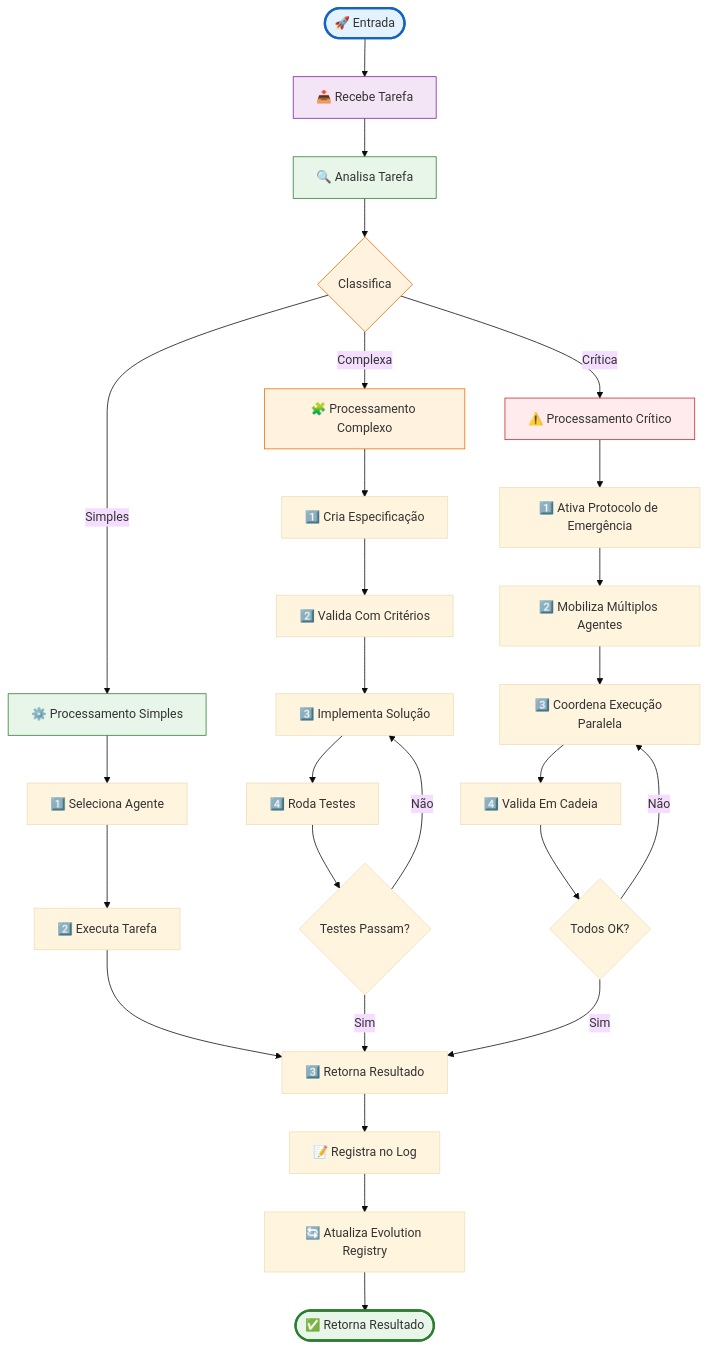
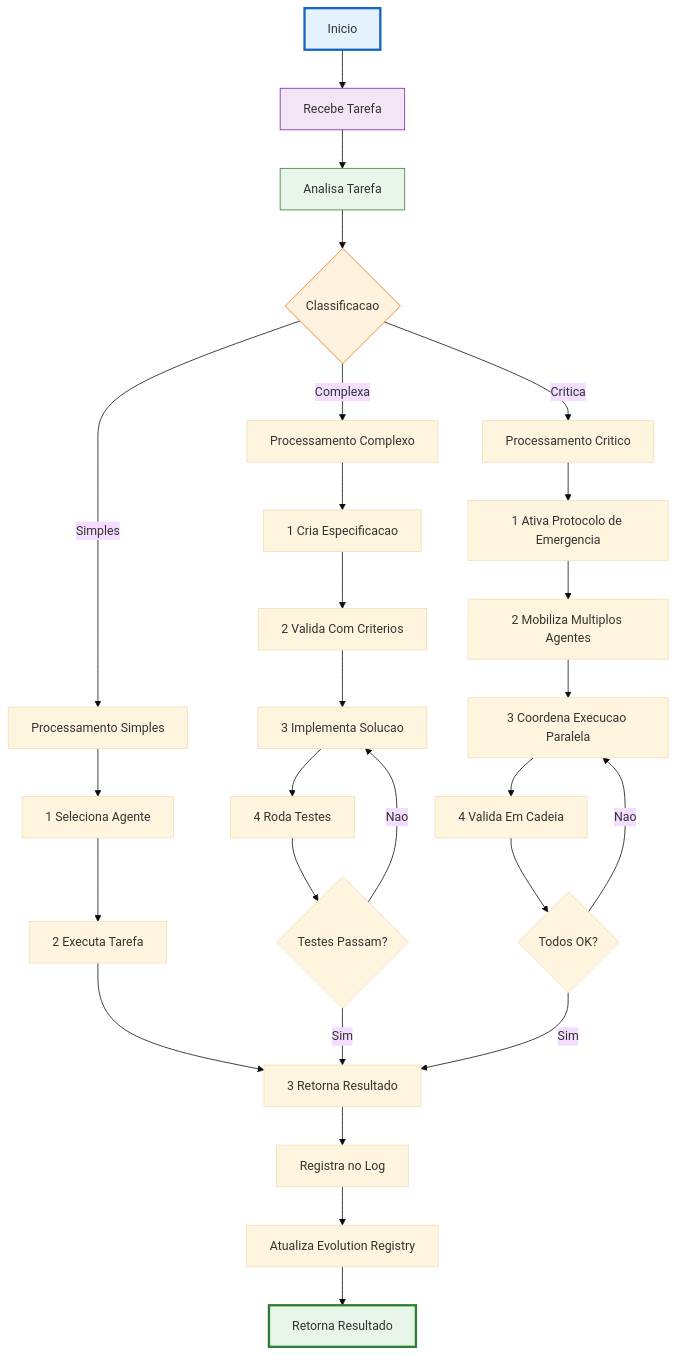
The fourth of 22 diagrams in README.md (MarceloClaro/opencode-ecosystem-core), drawn with Mermaid (base theme) before and after one commit. The commit also changed other lines of this file, not shown here.

````diff
--- a/README.md
+++ b/README.md
@@ -362,47 +325,44 @@
 ```mermaid
 flowchart TD
-    START(["🚀 Entrada"]) --> REC["📥 Recebe Tarefa"]
-    REC --> PARSE["🔍 Analisa Tarefa"]
-    PARSE --> CLASS{"Classifica"}
+    START2["Inicio"] --> REC["Recebe Tarefa"]
+    REC --> PARSE["Analisa Tarefa"]
+    PARSE --> CLASS{"Classificacao"}
 
-    CLASS -->|"Simples"| SIMPLE["⚙️ Processamento Simples"]
-    CLASS -->|"Complexa"| COMPLEX["🧩 Processamento Complexo"]
-    CLASS -->|"Crítica"| CRITICAL["⚠️ Processamento Crítico"]
+    CLASS -->|"Simples"| SIMPLE["Processamento Simples"]
+    CLASS -->|"Complexa"| COMPLEX["Processamento Complexo"]
+    CLASS -->|"Critica"| CRITICAL["Processamento Critico"]
 
-    SIMPLE --> S1["1️⃣ Seleciona Agente"]
-    COMPLEX --> C1["1️⃣ Cria Especificação"]
-    CRITICAL --> CR1["1️⃣ Ativa Protocolo de Emergência"]
+    SIMPLE --> S1["1 Seleciona Agente"]
+    COMPLEX --> C1["1 Cria Especificacao"]
+    CRITICAL --> CR1["1 Ativa Protocolo de Emergencia"]
 
-    S1 --> S2["2️⃣ Executa Tarefa"]
-    C1 --> C2["2️⃣ Valida Com Critérios"]
-    CR1 --> CR2["2️⃣ Mobiliza Múltiplos Agentes"]
+    S1 --> S2["2 Executa Tarefa"]
+    C1 --> C2["2 Valida Com Criterios"]
+    CR1 --> CR2["2 Mobiliza Multiplos Agentes"]
 
-    S2 --> S3["3️⃣ Retorna Resultado"]
-    C2 --> C3["3️⃣ Implementa Solução"]
-    CR2 --> CR3["3️⃣ Coordena Execução Paralela"]
+    S2 --> S3["3 Retorna Resultado"]
+    C2 --> C3["3 Implementa Solucao"]
+    CR2 --> CR3["3 Coordena Execucao Paralela"]
 
-    C3 --> C4["4️⃣ Roda Testes"]
-    CR3 --> CR4["4️⃣ Valida Em Cadeia"]
+    C3 --> C4["4 Roda Testes"]
+    CR3 --> CR4["4 Valida Em Cadeia"]
 
     C4 --> C5{"Testes Passam?"}
     CR4 --> CR5{"Todos OK?"}
 
     C5 -->|Sim| S3
-    C5 -->|Não| C3
+    C5 -->|Nao| C3
 
     CR5 -->|Sim| S3
-    CR5 -->|Não| CR3
+    CR5 -->|Nao| CR3
 
-    S3 --> LOG["📝 Registra no Log"]
-    LOG --> EVO["🔄 Atualiza Evolution Registry"]
-    EVO --> RETURN(["✅ Retorna Resultado"])
+    S3 --> LOG["Registra no Log"]
+    LOG --> EVO2["Atualiza Evolution Registry"]
+    EVO2 --> RETURN2["Retorna Resultado"]
 
-    style START fill:#e3f2fd,stroke:#1565c0,stroke-width:3px
+    style START2 fill:#e3f2fd,stroke:#1565c0,stroke-width:3px
     style REC fill:#f3e5f5,stroke:#7b1fa2
     style PARSE fill:#e8f5e9,stroke:#2e7d32
     style CLASS fill:#fff3e0,stroke:#ef6c00
-    style SIMPLE fill:#e8f5e9,stroke:#2e7d32
-    style COMPLEX fill:#fff3e0,stroke:#ef6c00
-    style CRITICAL fill:#ffebee,stroke:#c62828
-    style RETURN fill:#e8f5e9,stroke:#2e7d32,stroke-width:3px
+    style RETURN2 fill:#e8f5e9,stroke:#2e7d32,stroke-width:3px
 ```
````
